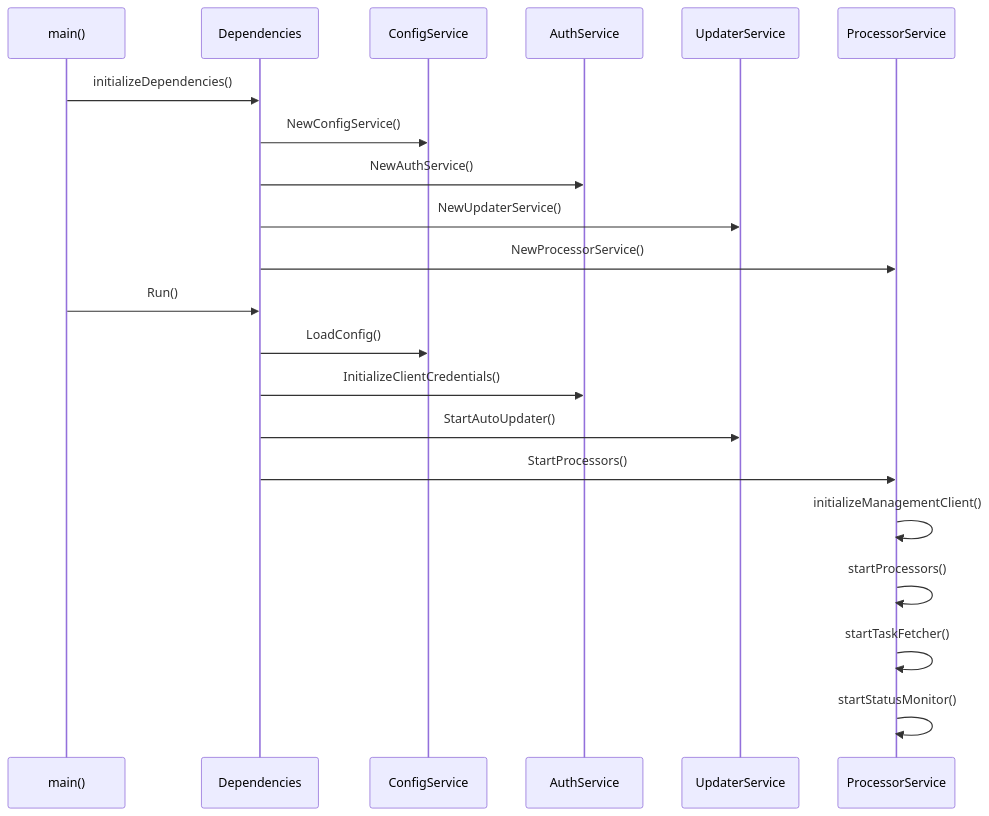
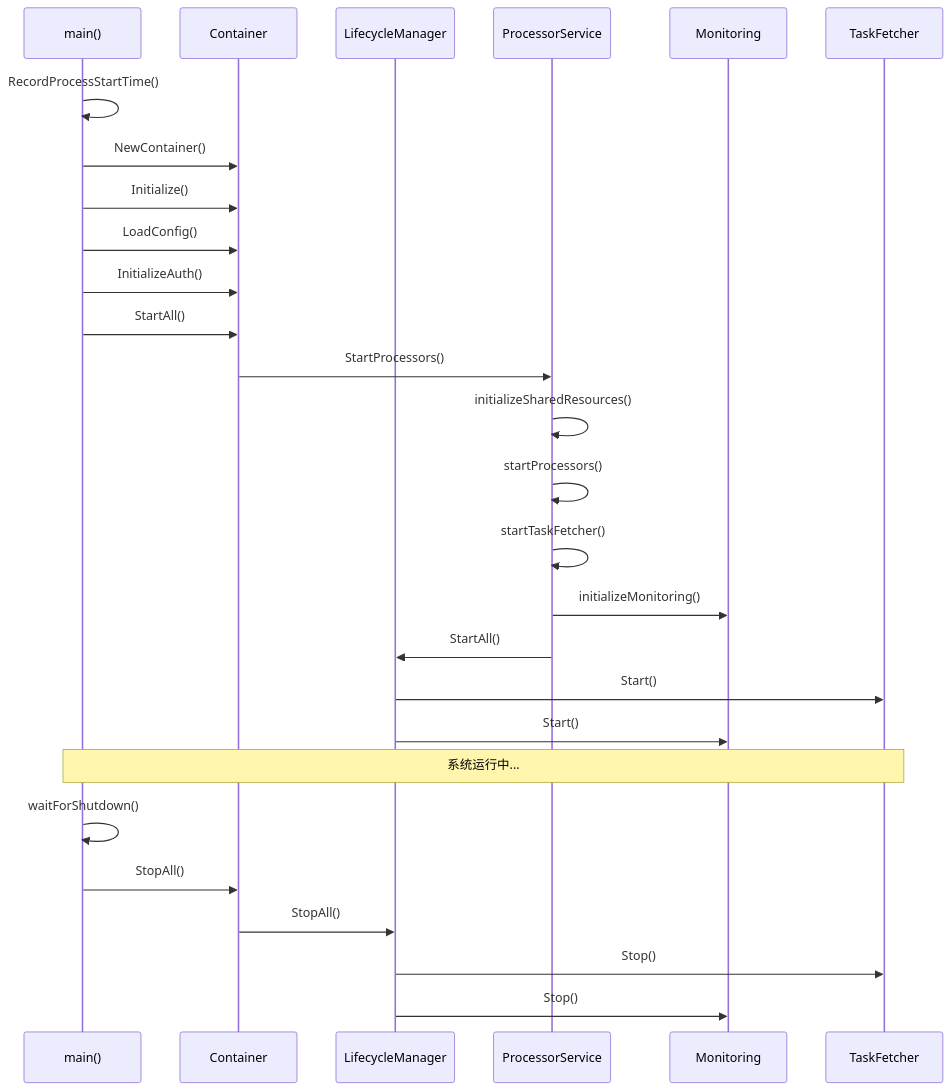
Before and after one commit to qq550723504/task-processor: the first of 5 diagrams in docs/系统架构文档.md, drawn with Mermaid. The commit also changed other lines of this file and 39 other files, not shown here.

````diff
--- a/docs/系统架构文档.md
+++ b/docs/系统架构文档.md
@@ -89,26 +320,34 @@
 ```mermaid
 sequenceDiagram
     participant M as main()
-    participant D as Dependencies
-    participant C as ConfigService
-    participant A as AuthService
-    participant U as UpdaterService
+    participant C as Container
+    participant L as LifecycleManager
     participant P as ProcessorService
+    participant Mon as Monitoring
+    participant T as TaskFetcher
 
-    M->>D: initializeDependencies()
-    D->>C: NewConfigService()
-    D->>A: NewAuthService()
-    D->>U: NewUpdaterService()
-    D->>P: NewProcessorService()
+    M->>M: RecordProcessStartTime()
+    M->>C: NewContainer()
+    M->>C: Initialize()
+    M->>C: LoadConfig()
+    M->>C: InitializeAuth()
     
-    M->>D: Run()
-    D->>C: LoadConfig()
-    D->>A: InitializeClientCredentials()
-    D->>U: StartAutoUpdater()
-    D->>P: StartProcessors()
-    
-    P->>P: initializeManagementClient()
+    M->>C: StartAll()
+    C->>P: StartProcessors()
+    P->>P: initializeSharedResources()
     P->>P: startProcessors()
     P->>P: startTaskFetcher()
-    P->>P: startStatusMonitor()
+    P->>Mon: initializeMonitoring()
+    P->>L: StartAll()
+    
+    L->>T: Start()
+    L->>Mon: Start()
+    
+    Note over M,T: 系统运行中...
+    
+    M->>M: waitForShutdown()
+    M->>C: StopAll()
+    C->>L: StopAll()
+    L->>T: Stop()
+    L->>Mon: Stop()
 ```
````
